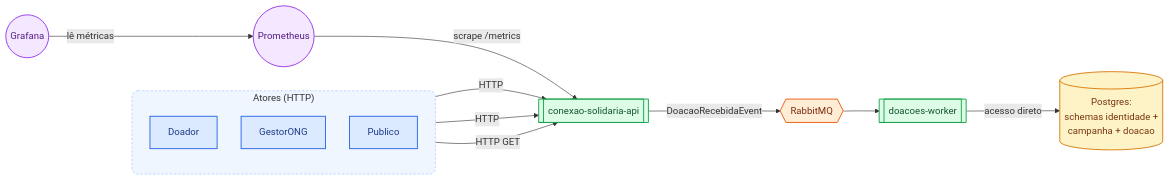
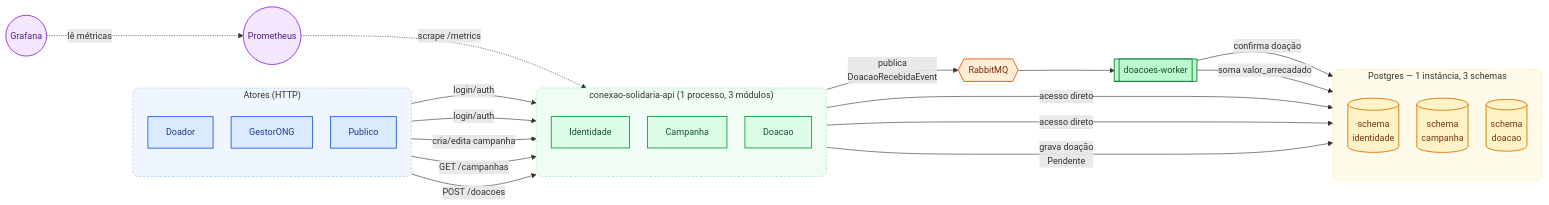
The diagram in docs/conexao-solidaria/ARQUITETURA.md (11NETTG30/FIAP-Conexao-Solidaria), drawn with Mermaid before and after one commit. The commit also changed other lines of this file and 3 other files, not shown here.

First line of the commit message:
docs: detalha módulos internos da API e schemas do Postgres no diagrama

````diff
--- a/docs/conexao-solidaria/ARQUITETURA.md
+++ b/docs/conexao-solidaria/ARQUITETURA.md
@@ -50,35 +50,60 @@
 ```mermaid
-%%{init: {"flowchart": {"htmlLabels": true, "curve": "basis", "nodeSpacing": 40, "rankSpacing": 60}, "themeVariables": {"fontFamily": "Helvetica, Arial, sans-serif", "fontSize": "16px"}} }%%
+%%{init: {"flowchart": {"htmlLabels": true, "curve": "basis", "nodeSpacing": 30, "rankSpacing": 70}, "themeVariables": {"fontFamily": "Helvetica, Arial, sans-serif", "fontSize": "15px"}} }%%
 flowchart LR
   subgraph Atores["Atores (HTTP)"]
     direction TB
     Doador
     GestorONG[GestorONG]
     Publico[Publico]
   end
 
-  Doador -->|HTTP| API[["conexao-solidaria-api"]]
-  GestorONG -->|HTTP| API
-  Publico -->|HTTP GET| API
+  subgraph API["conexao-solidaria-api (1 processo, 3 módulos)"]
+    direction TB
+    Identidade[Identidade]
+    Campanha[Campanha]
+    Doacao[Doacao]
+  end
 
-  API -->|DoacaoRecebidaEvent| Fila{{RabbitMQ}}
+  subgraph DB["Postgres — 1 instância, 3 schemas"]
+    direction TB
+    SchemaIdentidade[("schema<br/>identidade")]
+    SchemaCampanha[("schema<br/>campanha")]
+    SchemaDoacao[("schema<br/>doacao")]
+  end
+
+  Doador -->|"login/auth"| Identidade
+  GestorONG -->|"login/auth"| Identidade
+  GestorONG -->|"cria/edita campanha"| Campanha
+  Publico -->|"GET /campanhas"| Campanha
+  Doador -->|"POST /doacoes"| Doacao
+
+  Identidade -->|"acesso direto"| SchemaIdentidade
+  Campanha -->|"acesso direto"| SchemaCampanha
+  Doacao -->|"grava doação<br/>Pendente"| SchemaDoacao
+
+  Doacao -->|"publica<br/>DoacaoRecebidaEvent"| Fila{{RabbitMQ}}
   Fila --> Worker[["doacoes-worker"]]
-  Worker -->|acesso direto| DB[("Postgres:<br/>schemas identidade +<br/>campanha + doacao")]
+  Worker -->|"confirma doação"| SchemaDoacao
+  Worker -->|"soma valor_arrecadado"| SchemaCampanha
 
-  Prometheus((Prometheus)) -->|"scrape /metrics"| API
-  Grafana((Grafana)) -->|"lê métricas"| Prometheus
+  Prometheus((Prometheus)) -.->|"scrape /metrics"| API
+  Grafana((Grafana)) -.->|"lê métricas"| Prometheus
 
   classDef ator fill:#dbeafe,stroke:#2563eb,stroke-width:1.5px,color:#1e3a8a
-  classDef app fill:#dcfce7,stroke:#16a34a,stroke-width:1.5px,color:#14532d
+  classDef modulo fill:#dcfce7,stroke:#16a34a,stroke-width:1.5px,color:#14532d
+  classDef worker fill:#bbf7d0,stroke:#15803d,stroke-width:1.5px,color:#14532d
   classDef fila fill:#ffedd5,stroke:#ea580c,stroke-width:1.5px,color:#7c2d12
   classDef dados fill:#fef3c7,stroke:#d97706,stroke-width:1.5px,color:#78350f
   classDef obs fill:#f3e8ff,stroke:#9333ea,stroke-width:1.5px,color:#581c87
 
   class Doador,GestorONG,Publico ator
-  class API,Worker app
+  class Identidade,Campanha,Doacao modulo
+  class Worker worker
   class Fila fila
-  class DB dados
+  class SchemaIdentidade,SchemaCampanha,SchemaDoacao dados
   class Prometheus,Grafana obs
 
   style Atores fill:#eff6ff,stroke:#93c5fd,stroke-width:1px,stroke-dasharray: 4 3,rx:10,ry:10
+  style API fill:#f0fdf4,stroke:#86efac,stroke-width:1px,stroke-dasharray: 4 3,rx:10,ry:10
+  style DB fill:#fffbeb,stroke:#fde68a,stroke-width:1px,stroke-dasharray: 4 3,rx:10,ry:10
 ```
````
